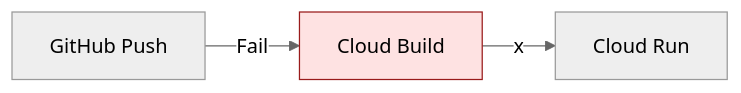
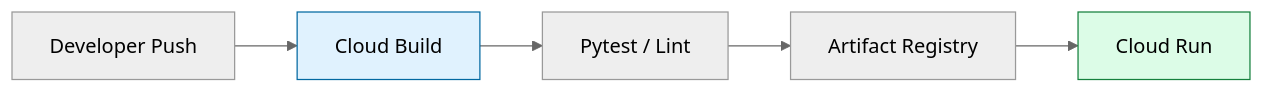
The diagram in curriculum/content/section_40_devops_capstone.md (jyothivempa/gcp-study-plan), drawn with Mermaid (neutral theme) before and after one commit. The commit also changed other lines of this file and 72 other files, not shown here.

````diff
--- a/curriculum/content/section_40_devops_capstone.md
+++ b/curriculum/content/section_40_devops_capstone.md
@@ -9,7 +20,10 @@
 ```mermaid
 graph LR
-    Git[GitHub Push] --"Fail"--> Build[Cloud Build]
-    Build --"x"--> Deploy[Cloud Run]
-    
-    style Build fill:#fee2e2,stroke:#991b1b
+    Code[Developer Push] --> Build[Cloud Build]
+    Build --> Test[Pytest / Lint]
+    Test --> Push[Artifact Registry]
+    Push --> Deploy[Cloud Run]
+
+    style Build fill:#e0f2fe,stroke:#0369a1
+    style Deploy fill:#dcfce7,stroke:#15803d
 ```
````
